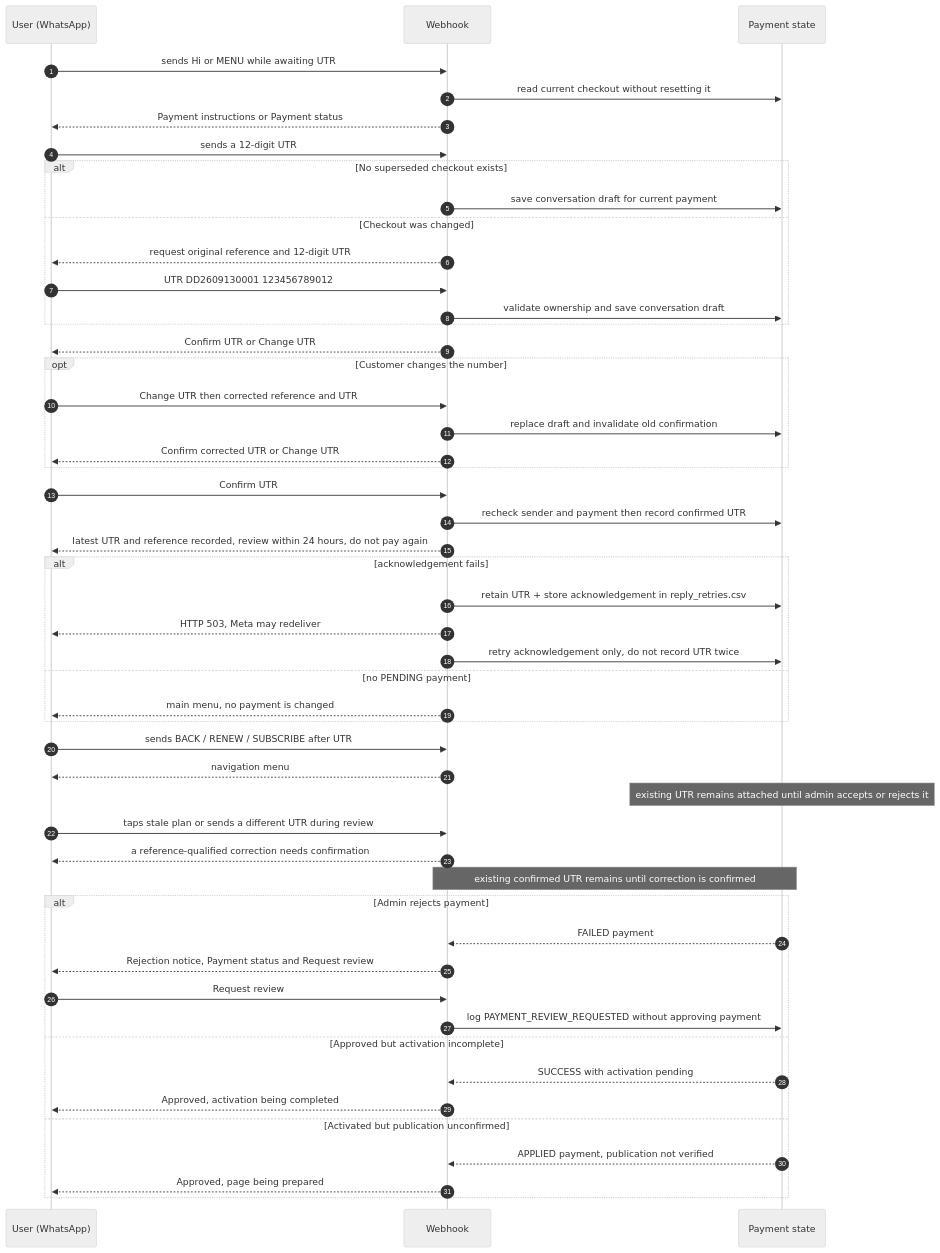
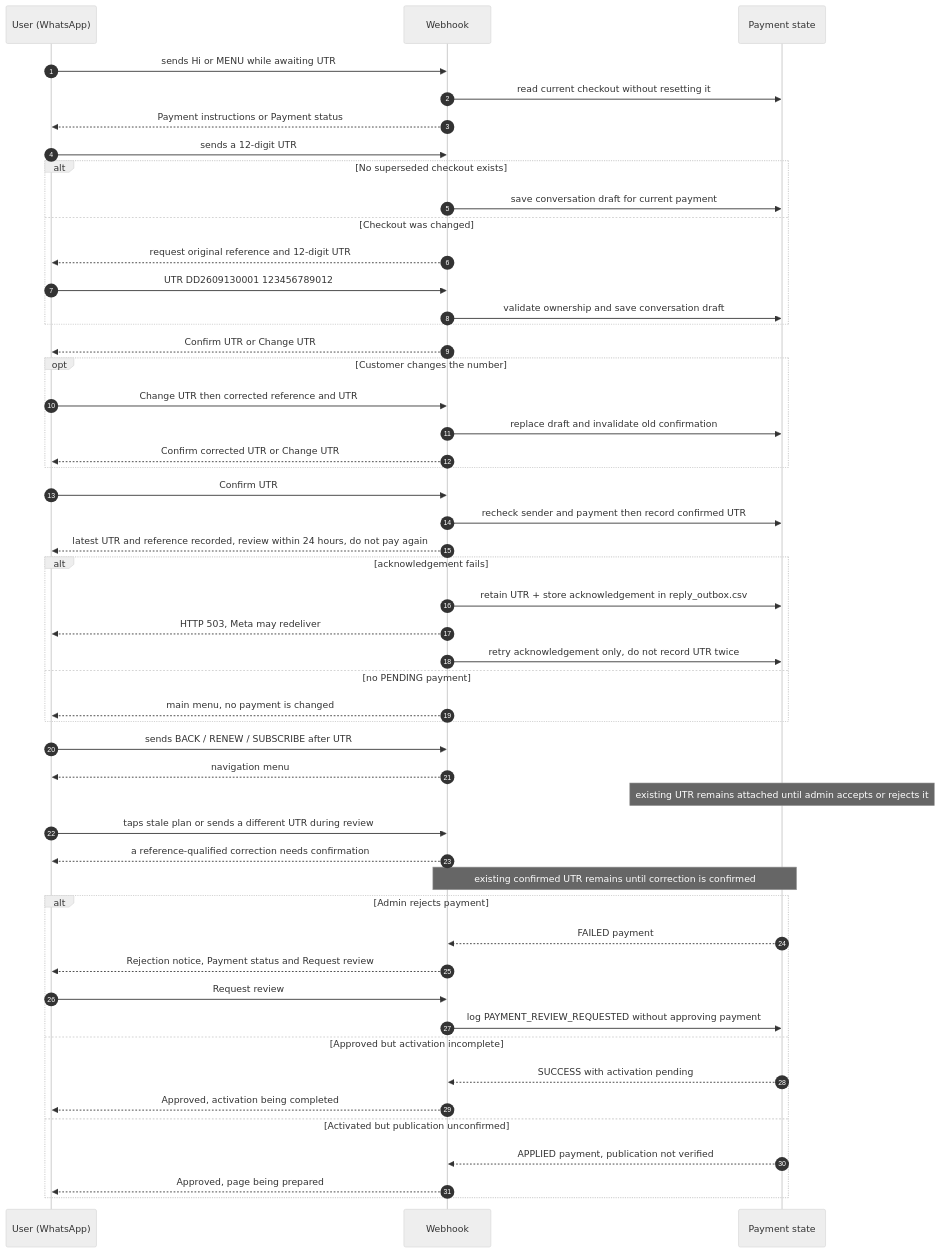
One commit to mishnit/daily-darshan changed the sixth of 12 diagrams in sequence-diagrams.md. Above: the diagram before and after it, drawn with Mermaid (neutral theme). The commit also changed other lines of this file and 11 other files, not shown here.

Commit message:
Retire reply retry workflow and consolidate bounded outbox recovery

````diff
--- a/sequence-diagrams.md
+++ b/sequence-diagrams.md
@@ -256,54 +256,54 @@
 ```mermaid
 sequenceDiagram
     autonumber
     participant User as User (WhatsApp)
     participant Web as Webhook
     participant State as Payment state
 
     User->>Web: sends Hi or MENU while awaiting UTR
     Web->>State: read current checkout without resetting it
     Web-->>User: Payment instructions or Payment status
     User->>Web: sends a 12-digit UTR
     alt No superseded checkout exists
         Web->>State: save conversation draft for current payment
     else Checkout was changed
         Web-->>User: request original reference and 12-digit UTR
         User->>Web: UTR DD2609130001 123456789012
         Web->>State: validate ownership and save conversation draft
     end
     Web-->>User: Confirm UTR or Change UTR
     opt Customer changes the number
         User->>Web: Change UTR then corrected reference and UTR
         Web->>State: replace draft and invalidate old confirmation
         Web-->>User: Confirm corrected UTR or Change UTR
     end
     User->>Web: Confirm UTR
     Web->>State: recheck sender and payment then record confirmed UTR
     Web-->>User: latest UTR and reference recorded, review within 24 hours, do not pay again
     alt acknowledgement fails
-        Web->>State: retain UTR + store acknowledgement in reply_retries.csv
+        Web->>State: retain UTR + store acknowledgement in reply_outbox.csv
         Web-->>User: HTTP 503, Meta may redeliver
         Web->>State: retry acknowledgement only, do not record UTR twice
     else no PENDING payment
         Web-->>User: main menu, no payment is changed
     end
 
     User->>Web: sends BACK / RENEW / SUBSCRIBE after UTR
     Web-->>User: navigation menu
     Note over State: existing UTR remains attached until admin accepts or rejects it
     User->>Web: taps stale plan or sends a different UTR during review
     Web-->>User: a reference-qualified correction needs confirmation
     Note over Web,State: existing confirmed UTR remains until correction is confirmed
     alt Admin rejects payment
         State-->>Web: FAILED payment
         Web-->>User: Rejection notice, Payment status and Request review
         User->>Web: Request review
         Web->>State: log PAYMENT_REVIEW_REQUESTED without approving payment
     else Approved but activation incomplete
         State-->>Web: SUCCESS with activation pending
         Web-->>User: Approved, activation being completed
     else Activated but publication unconfirmed
         State-->>Web: APPLIED payment, publication not verified
         Web-->>User: Approved, page being prepared
     end
 ```
````
